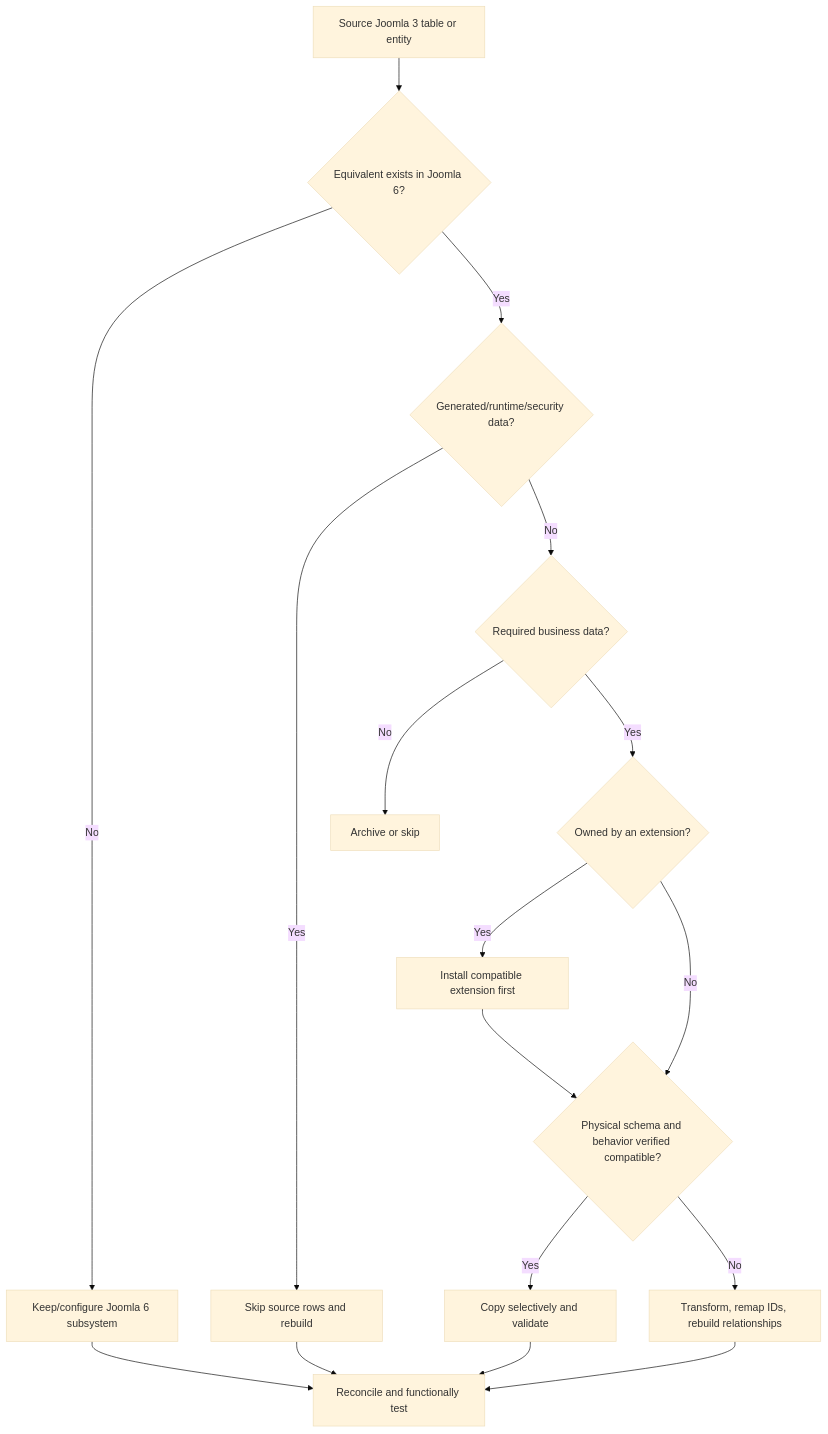
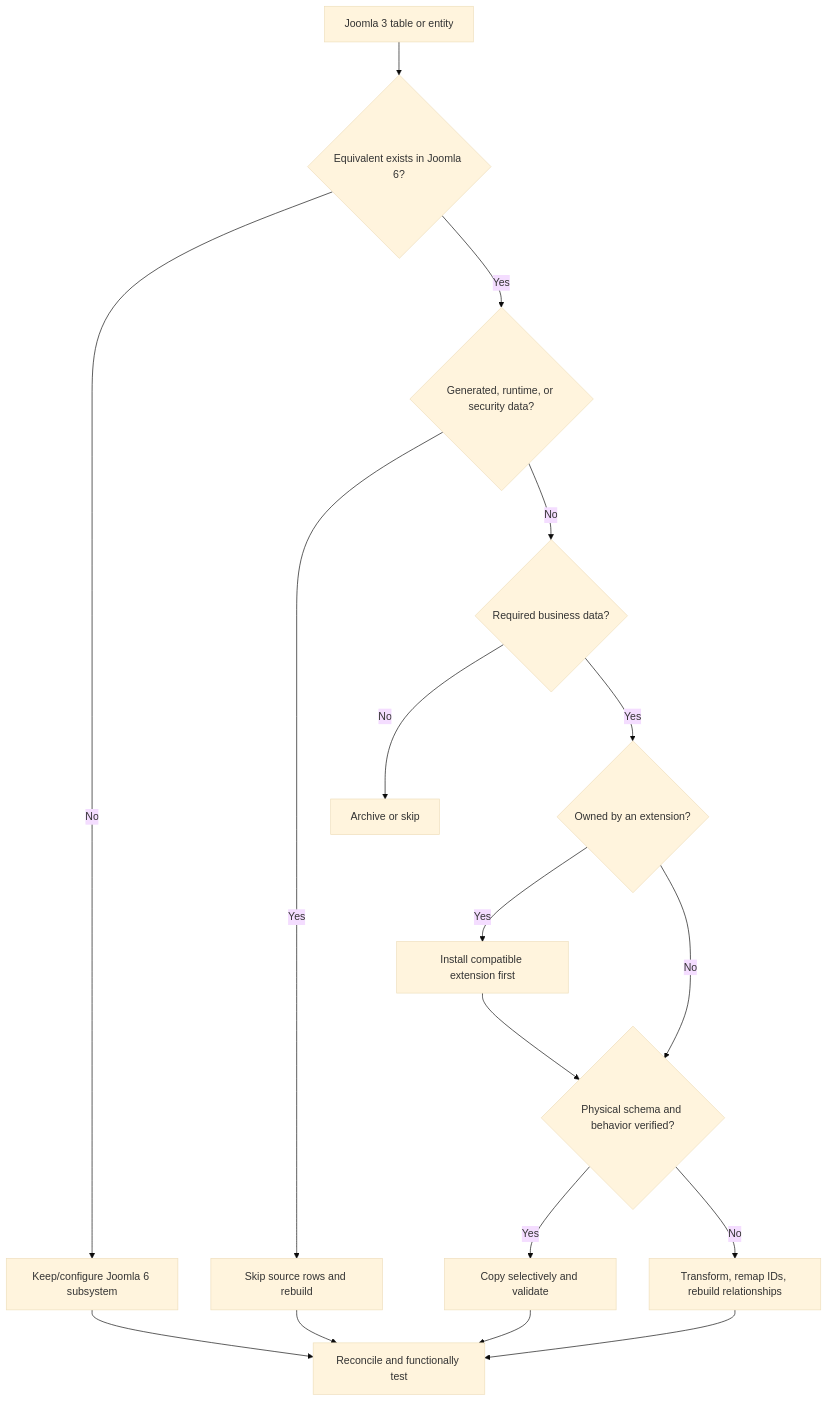
Before and after one commit to duyduyly/php-notebook: diagram 20 of 21 in docs/joomla/learning/database/joomla3-vs-joomla6-erd-gap-diagrams.md, drawn with Mermaid (base theme). The commit also changed other lines of this file, not shown here.

Commit message:
docs: improve Joomla 3 vs Joomla 6 ERD gap diagrams

````diff
--- a/docs/joomla/learning/database/joomla3-vs-joomla6-erd-gap-diagrams.md
+++ b/docs/joomla/learning/database/joomla3-vs-joomla6-erd-gap-diagrams.md
@@ -551,33 +726,32 @@
 ```mermaid
 flowchart TD
-    TABLE["Source Joomla 3 table or entity"]
-    EXISTS{"Equivalent exists in Joomla 6?"}
-    GENERATED{"Generated/runtime/security data?"}
-    SAME{"Physical schema and behavior verified compatible?"}
+    ENTITY["Joomla 3 table or entity"]
+    EQUIV{"Equivalent exists in Joomla 6?"}
+    GENERATED{"Generated, runtime, or security data?"}
     BUSINESS{"Required business data?"}
-    EXTENSION{"Owned by an extension?"}
+    EXTOWNED{"Owned by an extension?"}
+    VERIFIED{"Physical schema and behavior verified?"}
 
-    TABLE --> EXISTS
+    ENTITY --> EQUIV
 
-    EXISTS -->|No| NEW["Keep/configure Joomla 6 subsystem"]
-    EXISTS -->|Yes| GENERATED
+    EQUIV -->|No| TARGETNEW["Keep/configure Joomla 6 subsystem"]
+    EQUIV -->|Yes| GENERATED
 
     GENERATED -->|Yes| REBUILD["Skip source rows and rebuild"]
     GENERATED -->|No| BUSINESS
 
     BUSINESS -->|No| SKIP["Archive or skip"]
-    BUSINESS -->|Yes| EXTENSION
+    BUSINESS -->|Yes| EXTOWNED
 
-    EXTENSION -->|Yes| INSTALL["Install compatible extension first"]
-    EXTENSION -->|No| SAME
+    EXTOWNED -->|Yes| INSTALL["Install compatible extension first"]
+    EXTOWNED -->|No| VERIFIED
+    INSTALL --> VERIFIED
 
-    INSTALL --> SAME
+    VERIFIED -->|Yes| COPY["Copy selectively and validate"]
+    VERIFIED -->|No| TRANSFORM["Transform, remap IDs, rebuild relationships"]
 
-    SAME -->|Yes| VALIDATE["Copy selectively and validate"]
-    SAME -->|No| TRANSFORM["Transform, remap IDs, rebuild relationships"]
-
-    TRANSFORM --> TEST["Reconcile and functionally test"]
-    VALIDATE --> TEST
-    NEW --> TEST
+    TARGETNEW --> TEST["Reconcile and functionally test"]
     REBUILD --> TEST
+    COPY --> TEST
+    TRANSFORM --> TEST
 ```
````
